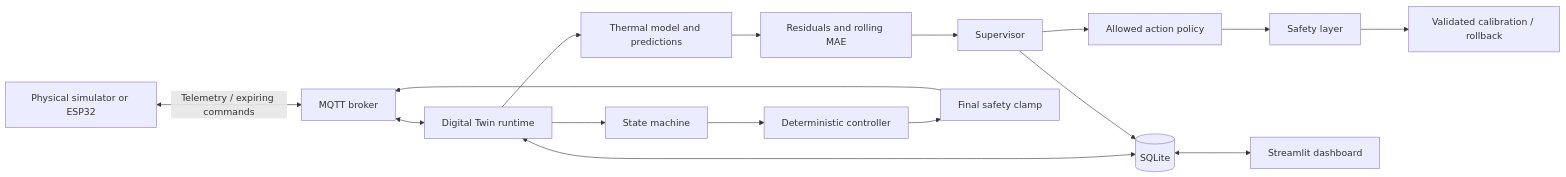
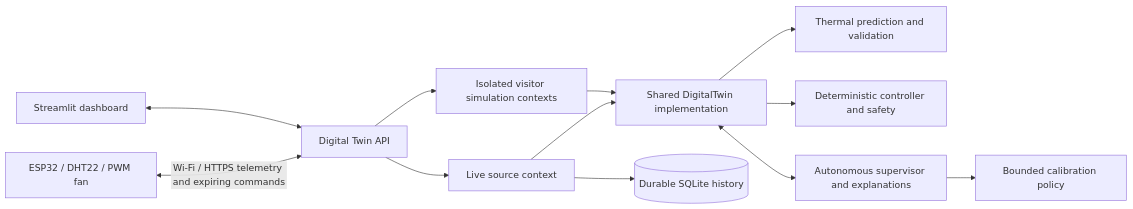
One commit to Maskini/model-based-smart-cooling-digital-twin changed the diagram in README.md. Above: the diagram before and after it, drawn with Mermaid. The commit also changed other lines of this file and 37 other files, not shown here.

Commit message:
Add shared live hardware and isolated simulation modes with guided demo

````diff
--- a/README.md
+++ b/README.md
@@ -67,18 +60,14 @@
 ```mermaid
 flowchart LR
-    Device[Physical simulator or ESP32] <-->|Telemetry / expiring commands| MQTT[MQTT broker]
-    MQTT <--> Runtime[Digital Twin runtime]
-    Runtime --> State[State machine]
-    Runtime --> Model[Thermal model and predictions]
-    Model --> Validation[Residuals and rolling MAE]
-    Validation --> Agent[Supervisor]
-    Agent --> Policy[Allowed action policy]
-    Policy --> Safety[Safety layer]
-    Safety --> Calibration[Validated calibration / rollback]
-    State --> Controller[Deterministic controller]
-    Controller --> CommandSafety[Final safety clamp]
-    CommandSafety --> MQTT
-    Runtime <--> DB[(SQLite)]
-    Agent --> DB
-    DB <--> UI[Streamlit dashboard]
+    ESP[ESP32 / DHT22 / PWM fan] <-->|Wi-Fi / HTTPS telemetry and expiring commands| API[Digital Twin API]
+    UI[Streamlit dashboard] <--> API
+    API --> LIVE[Live source context]
+    API --> SIM[Isolated visitor simulation contexts]
+    LIVE --> CORE[Shared DigitalTwin implementation]
+    SIM --> CORE
+    CORE --> MODEL[Thermal prediction and validation]
+    CORE --> CONTROL[Deterministic controller and safety]
+    CORE <--> AGENT[Autonomous supervisor and explanations]
+    AGENT --> POLICY[Bounded calibration policy]
+    LIVE --> DB[(Durable SQLite history)]
 ```
````
